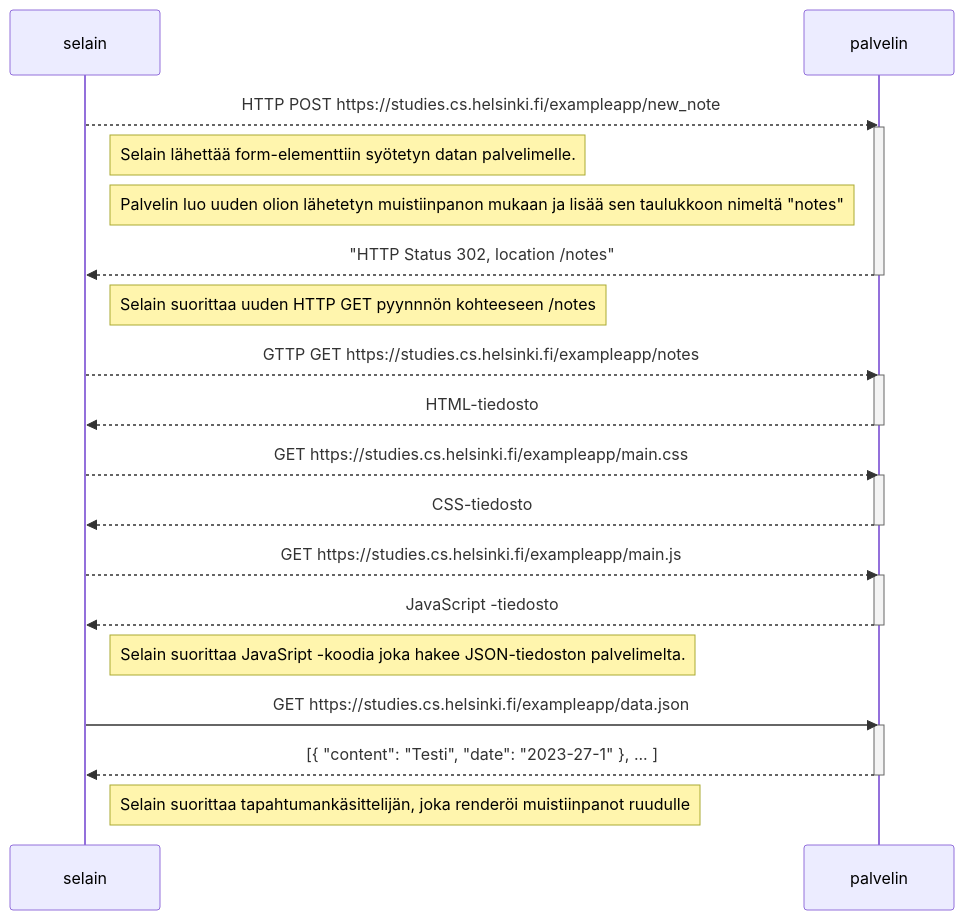
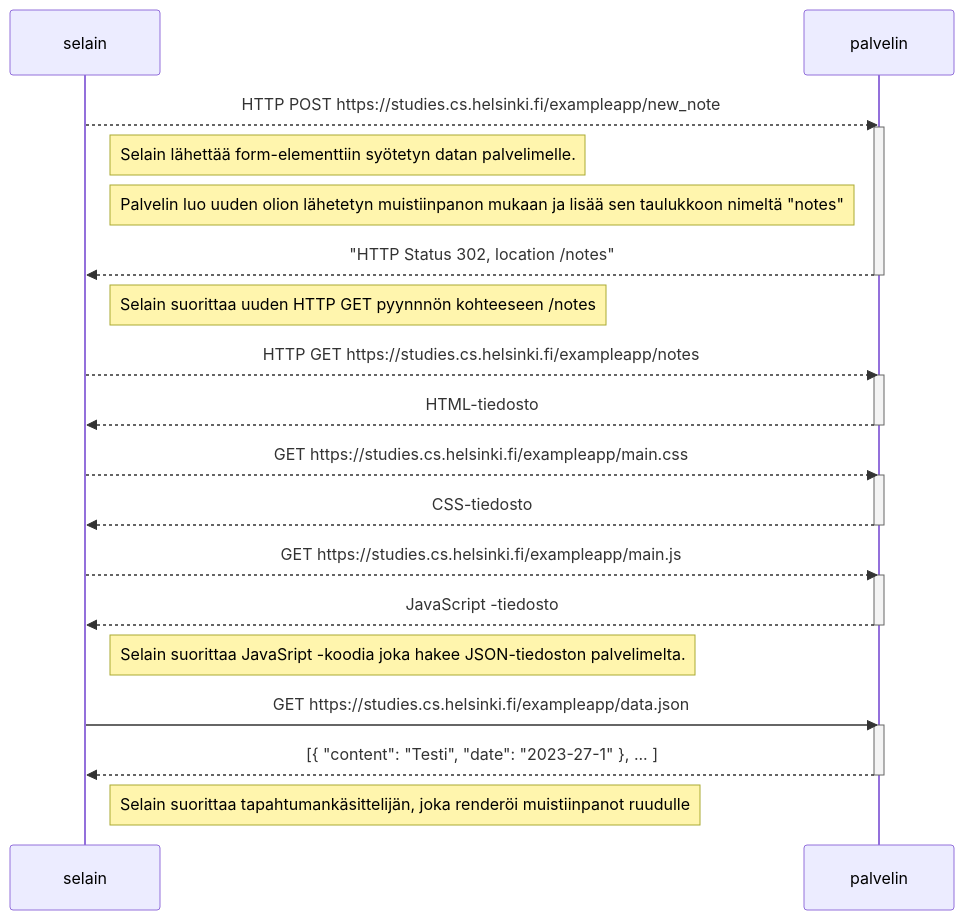
The diagram in osa0/uusi_muistiinpano.md (remoneve/FSOrepo), drawn with Mermaid before and after one commit.

Commit message:
t. 0.4 typofix

````diff
--- a/osa0/uusi_muistiinpano.md
+++ b/osa0/uusi_muistiinpano.md
@@ -1,31 +1,31 @@
 ```mermaid
 sequenceDiagram
     participant selain
     participant palvelin
 
     selain-->>palvelin: HTTP POST https://studies.cs.helsinki.fi/exampleapp/new_note
     activate palvelin
     Note right of selain: Selain lähettää form-elementtiin syötetyn datan palvelimelle.
     Note left of palvelin: Palvelin luo uuden olion lähetetyn muistiinpanon mukaan ja lisää sen taulukkoon nimeltä "notes"
     palvelin-->>selain: "HTTP Status 302, location /notes"
     deactivate palvelin
     Note right of selain: Selain suorittaa uuden HTTP GET pyynnnön kohteeseen /notes
-    selain-->>palvelin:GTTP GET https://studies.cs.helsinki.fi/exampleapp/notes
+    selain-->>palvelin: HTTP GET https://studies.cs.helsinki.fi/exampleapp/notes
     activate palvelin
     palvelin-->>selain: HTML-tiedosto
     deactivate palvelin
     selain-->>palvelin: GET https://studies.cs.helsinki.fi/exampleapp/main.css
     activate palvelin
     palvelin-->>selain: CSS-tiedosto
     deactivate palvelin
     selain-->> palvelin: GET https://studies.cs.helsinki.fi/exampleapp/main.js
     activate palvelin
     palvelin-->>selain: JavaScript -tiedosto
     deactivate palvelin
     Note right of selain: Selain suorittaa JavaSript -koodia joka hakee JSON-tiedoston palvelimelta.
     selain->>palvelin: GET https://studies.cs.helsinki.fi/exampleapp/data.json
     activate palvelin
     palvelin-->>selain: [{ "content": "Testi", "date": "2023-27-1" }, ... ]
     deactivate palvelin
     Note right of selain: Selain suorittaa tapahtumankäsittelijän, joka renderöi muistiinpanot ruudulle
 ```
````
